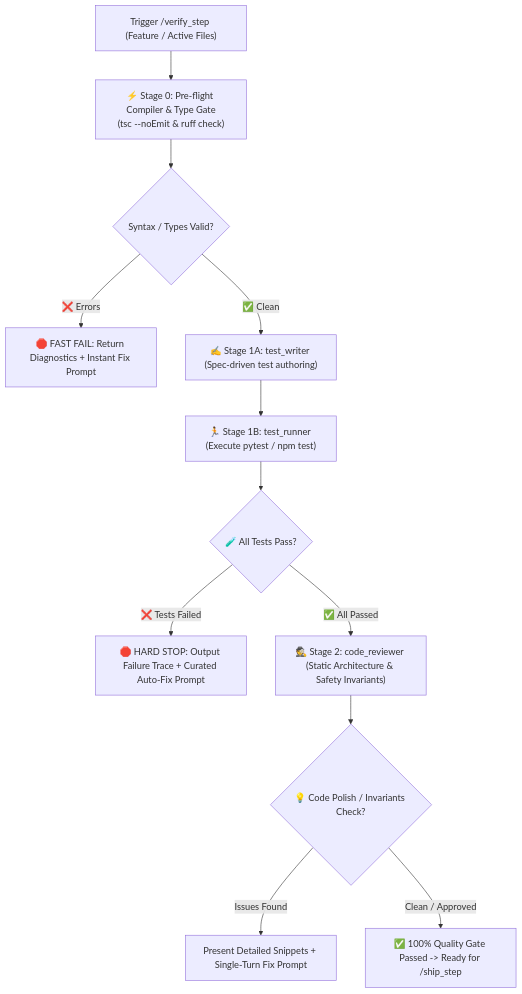
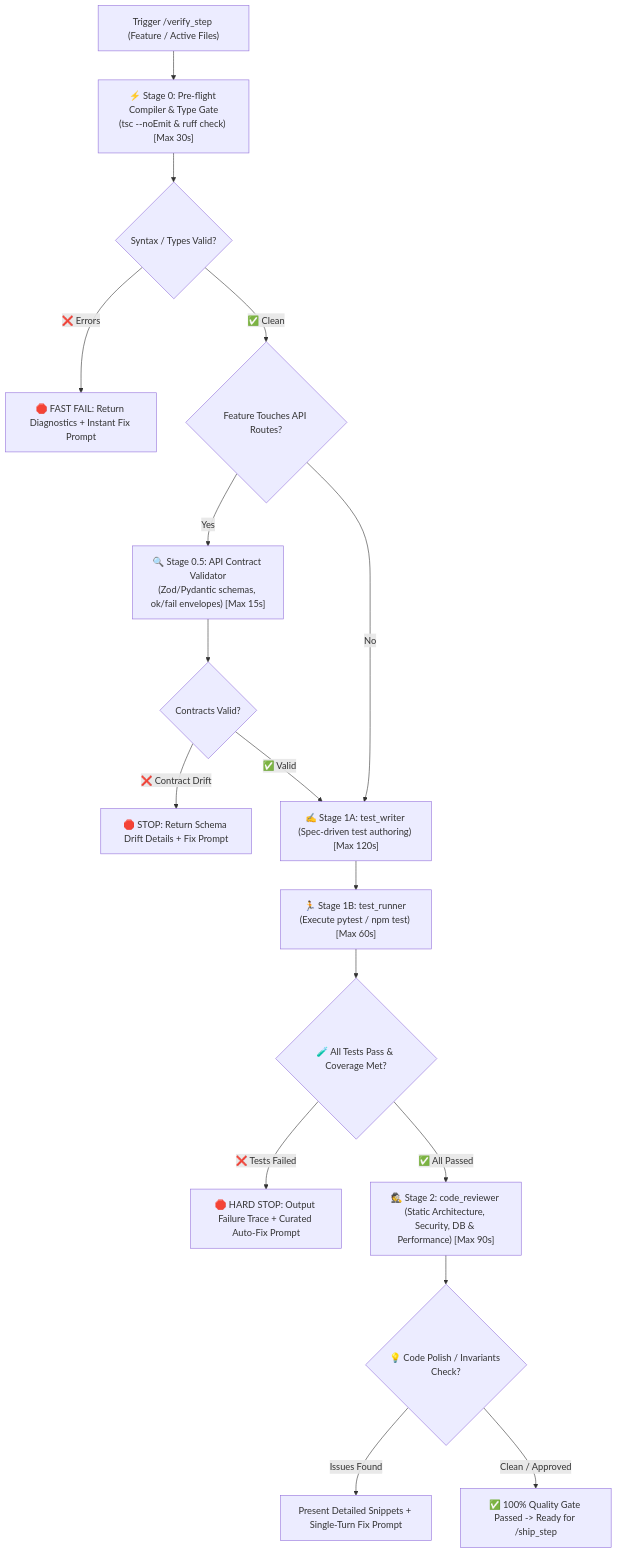
The diagram in .agents/skills/verify_step/SKILL.md (agrawalshivam279/safe-yatra), drawn with Mermaid before and after one commit. The commit also changed other lines of this file and 33 other files, not shown here.

Commit message:
feat(qa): resolve audit with test_writer skill and hardened verification pipeline

````diff
--- a/.agents/skills/verify_step/SKILL.md
+++ b/.agents/skills/verify_step/SKILL.md
@@ -18,16 +19,23 @@
 ```mermaid
 flowchart TD
-    A["Trigger /verify_step (Feature / Active Files)"] --> S0["⚡ Stage 0: Pre-flight Compiler & Type Gate<br/>(tsc --noEmit & ruff check)"]
+    A["Trigger /verify_step (Feature / Active Files)"] --> S0["⚡ Stage 0: Pre-flight Compiler & Type Gate<br/>(tsc --noEmit & ruff check) [Max 30s]"]
     S0 --> S0Check{"Syntax / Types Valid?"}
     S0Check -- "❌ Errors" --> S0Fail["🛑 FAST FAIL: Return Diagnostics + Instant Fix Prompt"]
-    S0Check -- "✅ Clean" --> B["✍️ Stage 1A: test_writer (Spec-driven test authoring)"]
-    B --> C["🏃 Stage 1B: test_runner (Execute pytest / npm test)"]
-    C --> D{"🧪 All Tests Pass?"}
+    S0Check -- "✅ Clean" --> S05{"Feature Touches API Routes?"}
+    
+    S05 -- "Yes" --> S05Val["🔍 Stage 0.5: API Contract Validator<br/>(Zod/Pydantic schemas, ok/fail envelopes) [Max 15s]"]
+    S05Val --> S05Check{"Contracts Valid?"}
+    S05Check -- "❌ Contract Drift" --> S05Fail["🛑 STOP: Return Schema Drift Details + Fix Prompt"]
+    S05Check -- "✅ Valid" --> B["✍️ Stage 1A: test_writer (Spec-driven test authoring) [Max 120s]"]
+    S05 -- "No" --> B
+    
+    B --> C["🏃 Stage 1B: test_runner (Execute pytest / npm test) [Max 60s]"]
+    C --> D{"🧪 All Tests Pass & Coverage Met?"}
     
     D -- "❌ Tests Failed" --> E["🛑 HARD STOP: Output Failure Trace + Curated Auto-Fix Prompt"]
-    D -- "✅ All Passed" --> F["🕵️ Stage 2: code_reviewer (Static Architecture & Safety Invariants)"]
+    D -- "✅ All Passed" --> F["🕵️ Stage 2: code_reviewer (Static Architecture, Security, DB & Performance) [Max 90s]"]
     
     F --> G{"💡 Code Polish / Invariants Check?"}
     G -- "Issues Found" --> H["Present Detailed Snippets + Single-Turn Fix Prompt"]
     G -- "Clean / Approved" --> I["✅ 100% Quality Gate Passed -> Ready for /ship_step"]
 ```
````
